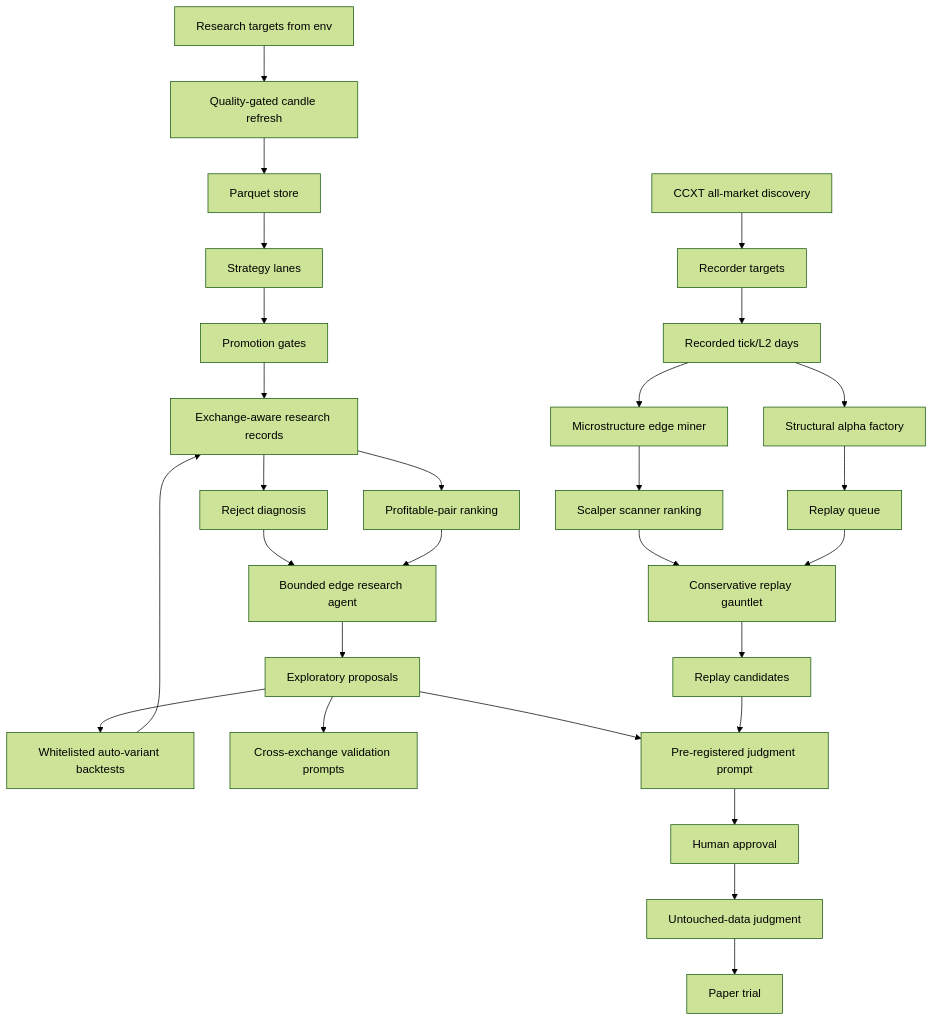
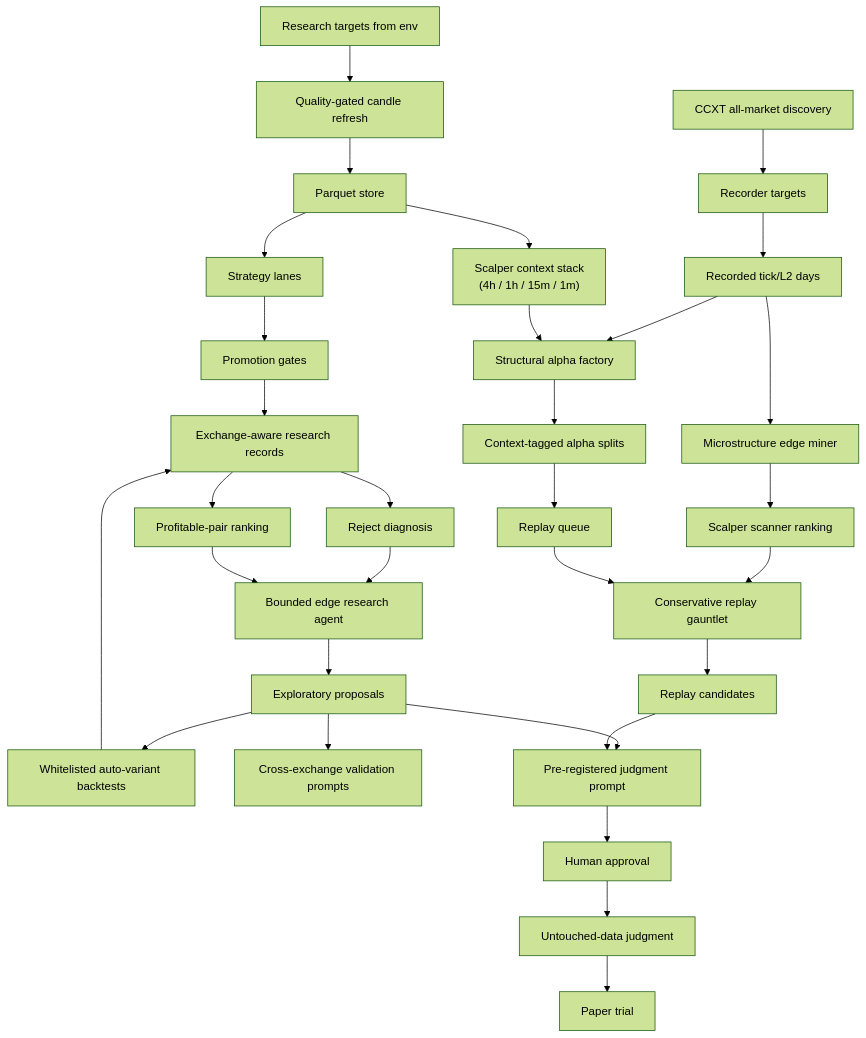
One commit to vikkl1990/vnedge changed the fourth of 6 diagrams in docs/ARCHITECTURE_FLOW.md. Above: the diagram before and after it, drawn with Mermaid (forest theme). The commit also changed other lines of this file and 20 other files, not shown here.

````diff
--- a/docs/ARCHITECTURE_FLOW.md
+++ b/docs/ARCHITECTURE_FLOW.md
@@ -160,30 +163,33 @@
 ```mermaid
 flowchart TB
     Targets["Research targets from env"] --> Refresh["Quality-gated candle refresh"]
     MarketDiscovery["CCXT all-market discovery"] --> RecorderTargets
     Refresh --> Store["Parquet store"]
     Store --> Lanes["Strategy lanes"]
     Lanes --> Gates["Promotion gates"]
     Gates --> Records["Exchange-aware research records"]
     Records --> Profitable["Profitable-pair ranking"]
     RecorderTargets["Recorder targets"] --> TickData["Recorded tick/L2 days"]
     TickData --> EdgeMiner["Microstructure edge miner"]
+    Store --> ContextStack["Scalper context stack\n(4h / 1h / 15m / 1m)"]
     TickData --> AlphaFactory["Structural alpha factory"]
     EdgeMiner --> ScalpScan["Scalper scanner ranking"]
-    AlphaFactory --> ReplayQueue["Replay queue"]
+    ContextStack --> AlphaFactory
+    AlphaFactory --> ContextTags["Context-tagged alpha splits"]
+    ContextTags --> ReplayQueue["Replay queue"]
     ScalpScan --> Replay["Conservative replay gauntlet"]
     ReplayQueue --> Replay
     Replay --> ReplayCandidates["Replay candidates"]
     Records --> Diagnosis["Reject diagnosis"]
     Diagnosis --> Agent["Bounded edge research agent"]
     Profitable --> Agent
     Agent --> Proposals["Exploratory proposals"]
     Proposals --> Variants["Whitelisted auto-variant backtests"]
     Proposals --> CrossVenue["Cross-exchange validation prompts"]
     Proposals --> JudgmentPrompt["Pre-registered judgment prompt"]
     ReplayCandidates --> JudgmentPrompt
     Variants --> Records
     JudgmentPrompt --> Human["Human approval"]
     Human --> Untouched["Untouched-data judgment"]
     Untouched --> Paper["Paper trial"]
 ```
````
